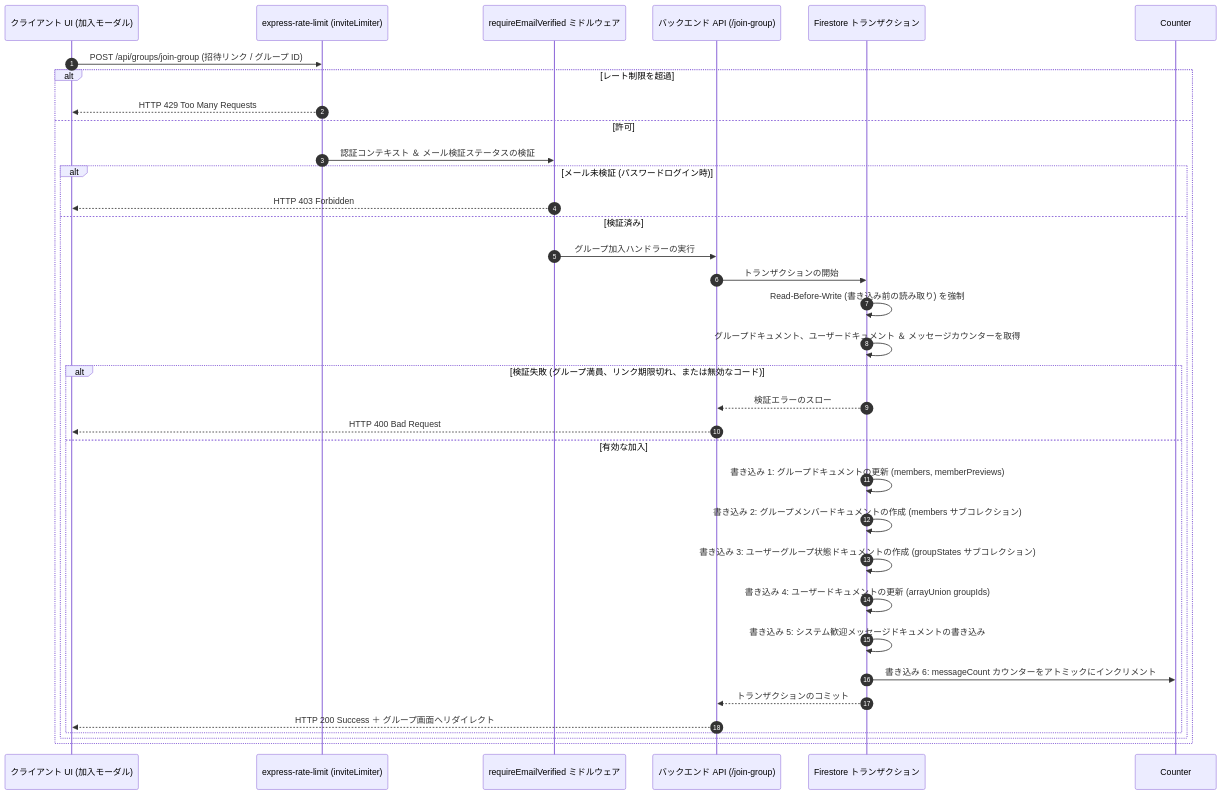
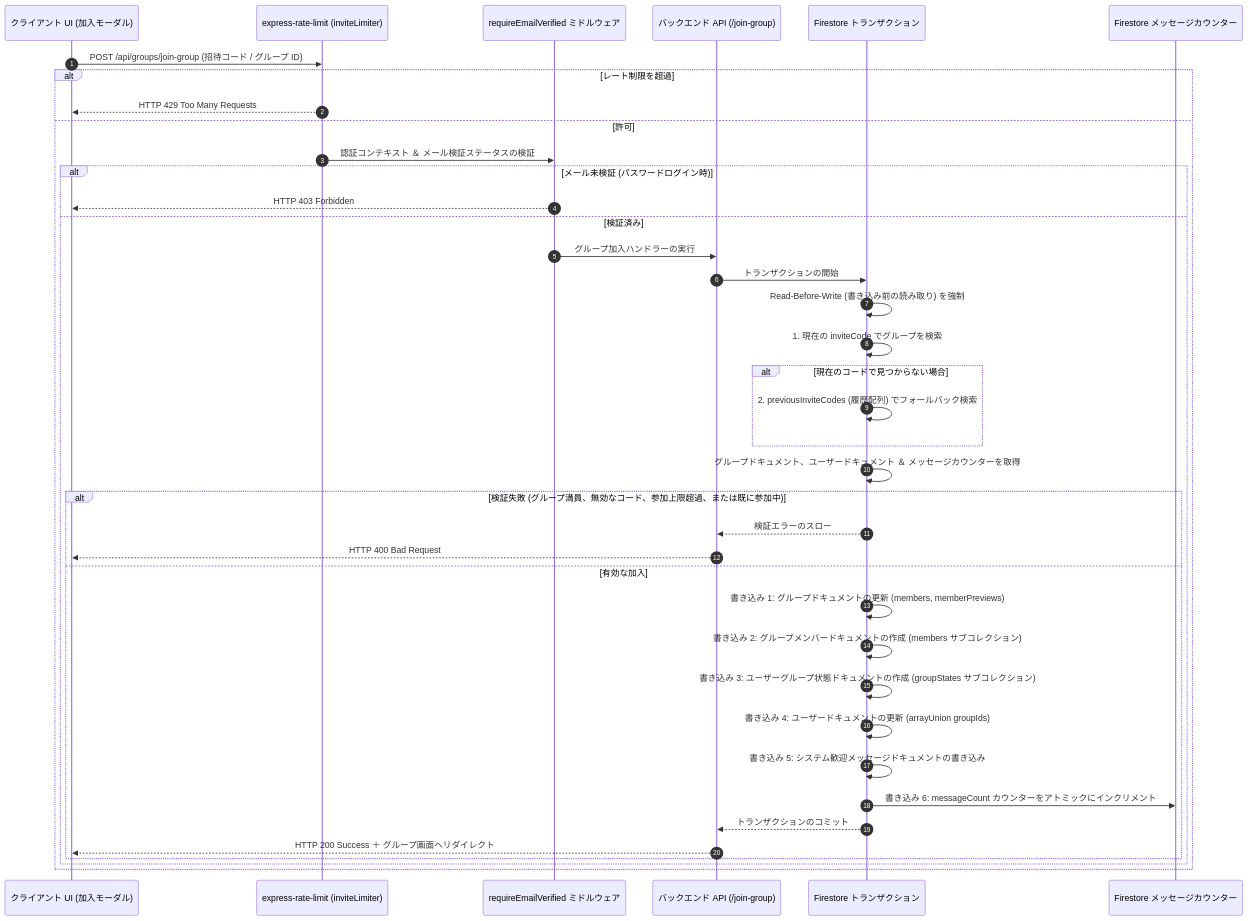
One commit to ScriptureHabit/scripture-habit changed the diagram in docs/ja/group-invites.md. Above: the diagram before and after it, drawn with Mermaid. The commit also changed other lines of this file and 3 other files, not shown here.

Commit message:
docs: update group invites and i18n docs to reflect zero-expiration and SSOT architecture

````diff
--- a/docs/ja/group-invites.md
+++ b/docs/ja/group-invites.md
@@ -11,38 +11,43 @@
 ```mermaid
 sequenceDiagram
     autonumber
     participant UI as クライアント UI (加入モーダル)
     participant Rate as express-rate-limit (inviteLimiter)
     participant Auth as requireEmailVerified ミドルウェア
     participant API as バックエンド API (/join-group)
     participant DB as Firestore トランザクション
+    participant Counter as Firestore メッセージカウンター
 
-    UI->>Rate: POST /api/groups/join-group (招待リンク / グループ ID)
+    UI->>Rate: POST /api/groups/join-group (招待コード / グループ ID)
     alt レート制限を超過
         Rate-->>UI: HTTP 429 Too Many Requests
     else 許可
         Rate->>Auth: 認証コンテキスト ＆ メール検証ステータスの検証
         alt メール未検証 (パスワードログイン時)
             Auth-->>UI: HTTP 403 Forbidden
         else 検証済み
             Auth->>API: グループ加入ハンドラーの実行
             API->>DB: トランザクションの開始
             DB->>DB: Read-Before-Write (書き込み前の読み取り) を強制
+            DB->>DB: 1. 現在の inviteCode でグループを検索
+            alt 現在のコードで見つからない場合
+                DB->>DB: 2. previousInviteCodes (履歴配列) でフォールバック検索
+            end
             DB->>DB: グループドキュメント、ユーザードキュメント ＆ メッセージカウンターを取得
             
-            alt 検証失敗 (グループ満員、リンク期限切れ、または無効なコード)
+            alt 検証失敗 (グループ満員、無効なコード、参加上限超過、または既に参加中)
                 DB-->>API: 検証エラーのスロー
                 API-->>UI: HTTP 400 Bad Request
             else 有効な加入
                 DB->>DB: 書き込み 1: グループドキュメントの更新 (members, memberPreviews)
                 DB->>DB: 書き込み 2: グループメンバードキュメントの作成 (members サブコレクション)
                 DB->>DB: 書き込み 3: ユーザーグループ状態ドキュメントの作成 (groupStates サブコレクション)
                 DB->>DB: 書き込み 4: ユーザードキュメントの更新 (arrayUnion groupIds)
                 DB->>DB: 書き込み 5: システム歓迎メッセージドキュメントの書き込み
                 DB->>Counter: 書き込み 6: messageCount カウンターをアトミックにインクリメント
                 DB-->>API: トランザクションのコミット
                 API-->>UI: HTTP 200 Success ＋ グループ画面へリダイレクト
             end
         end
     end
 ```
````
